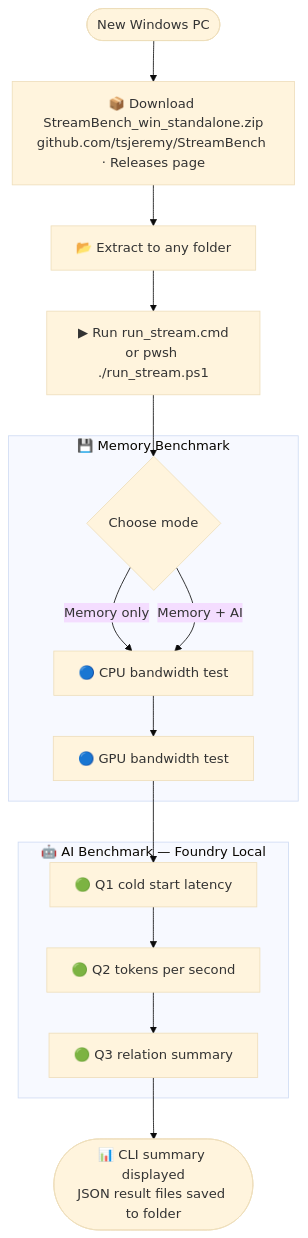
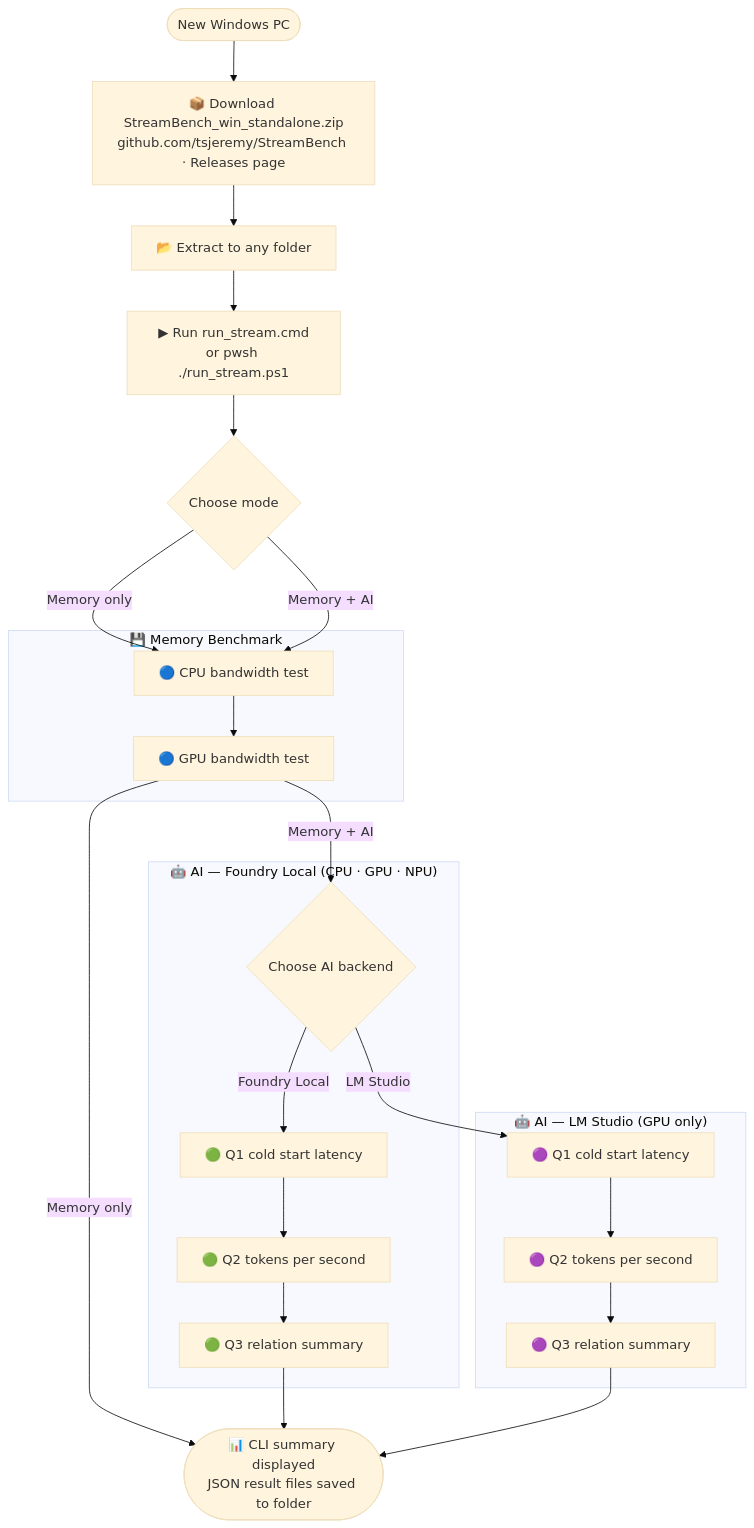
Before and after one commit to tsjeremy/StreamBench: the first of 2 diagrams in README.md, drawn with Mermaid (base theme). The commit also changed other lines of this file and 4 other files, not shown here.

First line of the commit message:
LM Studio NPU docs, silent GUI, updated flows and banner

````diff
--- a/README.md
+++ b/README.md
@@ -51,21 +51,32 @@
 ```mermaid
 flowchart TD
     A([New Windows PC]) --> B
     B["📦 Download StreamBench_win_standalone.zip<br/>github.com/tsjeremy/StreamBench · Releases page"] --> C
     C["📂 Extract to any folder"] --> D
     D["▶ Run run_stream.cmd<br/>or pwsh ./run_stream.ps1"] --> E{"Choose mode"}
 
     subgraph mem ["💾 Memory Benchmark"]
-        E -->|"Memory only"| F["🔵 CPU bandwidth test"]
-        E -->|"Memory + AI"| F
-        F --> G["🔵 GPU bandwidth test"]
+        F["🔵 CPU bandwidth test"] --> G["🔵 GPU bandwidth test"]
     end
 
-    subgraph ai ["🤖 AI Benchmark  —  Foundry Local"]
-        H["🟢 Q1  cold start latency"] --> I["🟢 Q2  tokens per second"]
-        I --> J["🟢 Q3  relation summary"]
+    E -->|"Memory only"| F
+    E -->|"Memory + AI"| F
+
+    G -->|"Memory only"| K
+    G -->|"Memory + AI"| BE{"Choose AI backend"}
+
+    subgraph ai_foundry ["🤖 AI  —  Foundry Local  (CPU · GPU · NPU)"]
+        BE -->|"Foundry Local"| FH["🟢 Q1  cold start latency"]
+        FH --> FI["🟢 Q2  tokens per second"]
+        FI --> FJ["🟢 Q3  relation summary"]
     end
 
-    G --> H
-    J --> K(["📊 CLI summary displayed<br/>JSON result files saved to folder"])
+    subgraph ai_lms ["🤖 AI  —  LM Studio  (GPU only)"]
+        BE -->|"LM Studio"| LH["🟣 Q1  cold start latency"]
+        LH --> LI["🟣 Q2  tokens per second"]
+        LI --> LJ["🟣 Q3  relation summary"]
+    end
+
+    FJ --> K(["📊 CLI summary displayed<br/>JSON result files saved to folder"])
+    LJ --> K
 ```
````
